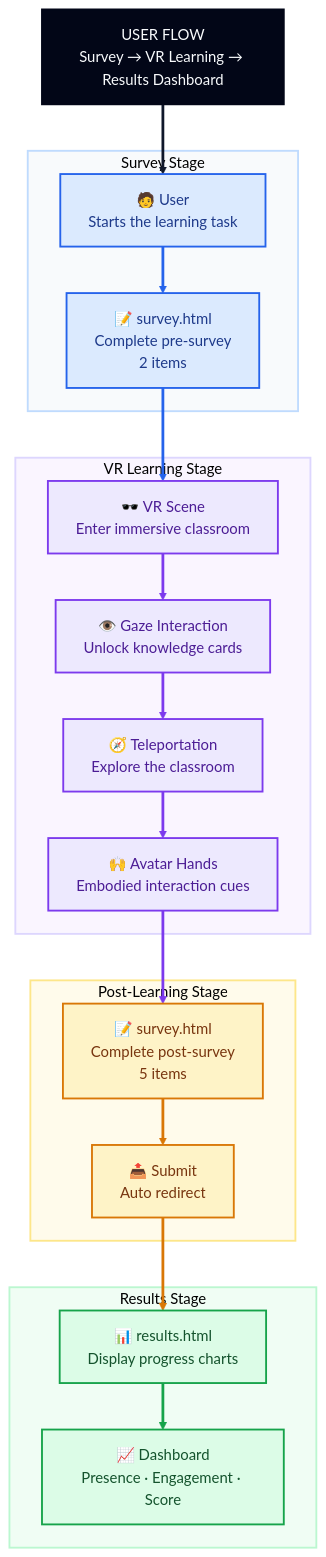
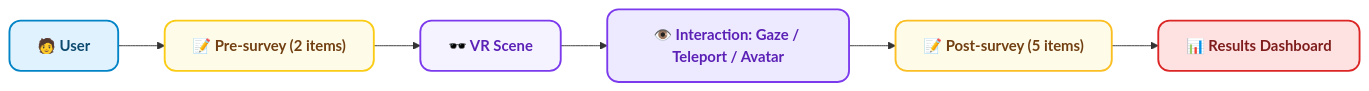
Before and after one commit to sara6v6/vr-embodied-learning: the second of 2 diagrams in README.md, drawn with Mermaid. The commit also changed other lines of this file, not shown here.

````diff
--- a/README.md
+++ b/README.md
@@ -85,67 +52,23 @@
 ```mermaid
-%%{init: {"theme": "base", "themeVariables": {"fontFamily": "Inter, Arial, sans-serif", "background": "#ffffff", "primaryColor": "#f8fafc", "primaryTextColor": "#0f172a", "lineColor": "#64748b"}}}%%
+flowchart LR
+    U["🧑 User"] --> S["📝 Pre-survey (2 items)"]
+    S --> V["🕶️ VR Scene"]
+    V --> I["👁️ Interaction: Gaze / Teleport / Avatar"]
+    I --> P["📝 Post-survey (5 items)"]
+    P --> R["📊 Results Dashboard"]
 
-flowchart TD
-    H["USER FLOW<br/>Survey → VR Learning → Results Dashboard"]
+    %% 样式
+    classDef user fill:#e0f2fe,color:#0c4a6e,stroke:#0284c7,stroke-width:2px,rx:12,ry:12,font-weight:bold;
+    classDef survey fill:#fefce8,color:#713f12,stroke:#facc15,stroke-width:2px,rx:12,ry:12,font-weight:bold;
+    classDef vr fill:#f5f3ff,color:#5b21b6,stroke:#7c3aed,stroke-width:2px,rx:12,ry:12,font-weight:bold;
+    classDef interaction fill:#ede9fe,color:#5b21b6,stroke:#7c3aed,stroke-width:2px,rx:12,ry:12,font-weight:bold;
+    classDef post fill:#fefce8,color:#713f12,stroke:#fbbf24,stroke-width:2px,rx:12,ry:12,font-weight:bold;
+    classDef results fill:#fee2e2,color:#7f1d1d,stroke:#dc2626,stroke-width:2px,rx:12,ry:12,font-weight:bold;
 
-    subgraph S1["Survey Stage"]
-        U1["🧑 User<br/>Starts the learning task"]
-        U2["📝 survey.html<br/>Complete pre-survey<br/>2 items"]
-    end
-
-    subgraph S2["VR Learning Stage"]
-        V1["🕶️ VR Scene<br/>Enter immersive classroom"]
-        V2["👁️ Gaze Interaction<br/>Unlock knowledge cards"]
-        V3["🧭 Teleportation<br/>Explore the classroom"]
-        V4["🙌 Avatar Hands<br/>Embodied interaction cues"]
-    end
-
-    subgraph S3["Post-Learning Stage"]
-        P1["📝 survey.html<br/>Complete post-survey<br/>5 items"]
-        P2["📤 Submit<br/>Auto redirect"]
-    end
-
-    subgraph S4["Results Stage"]
-        R1["📊 results.html<br/>Display progress charts"]
-        R2["📈 Dashboard<br/>Presence · Engagement · Score"]
-    end
-
-    H --> U1
-    U1 --> U2
-    U2 --> V1
-    V1 --> V2
-    V2 --> V3
-    V3 --> V4
-    V4 --> P1
-    P1 --> P2
-    P2 --> R1
-    R1 --> R2
-
-    classDef title fill:#020617,color:#f8fafc,stroke:#020617,stroke-width:2px;
-    classDef survey fill:#dbeafe,color:#1e3a8a,stroke:#2563eb,stroke-width:2px;
-    classDef vr fill:#ede9fe,color:#4c1d95,stroke:#7c3aed,stroke-width:2px;
-    classDef post fill:#fef3c7,color:#78350f,stroke:#d97706,stroke-width:2px;
-    classDef result fill:#dcfce7,color:#14532d,stroke:#16a34a,stroke-width:2px;
-
-    class H title;
-    class U1,U2 survey;
-    class V1,V2,V3,V4 vr;
-    class P1,P2 post;
-    class R1,R2 result;
-
-    style S1 fill:#f8fafc,stroke:#bfdbfe,stroke-width:2px
-    style S2 fill:#faf5ff,stroke:#ddd6fe,stroke-width:2px
-    style S3 fill:#fffbeb,stroke:#fde68a,stroke-width:2px
-    style S4 fill:#f0fdf4,stroke:#bbf7d0,stroke-width:2px
-
-    linkStyle 0 stroke:#0f172a,stroke-width:3px
-    linkStyle 1 stroke:#2563eb,stroke-width:3px
-    linkStyle 2 stroke:#2563eb,stroke-width:3px
-    linkStyle 3 stroke:#7c3aed,stroke-width:3px
-    linkStyle 4 stroke:#7c3aed,stroke-width:3px
-    linkStyle 5 stroke:#7c3aed,stroke-width:3px
-    linkStyle 6 stroke:#7c3aed,stroke-width:3px
-    linkStyle 7 stroke:#d97706,stroke-width:3px
-    linkStyle 8 stroke:#d97706,stroke-width:3px
-    linkStyle 9 stroke:#16a34a,stroke-width:3px
+    class U user
+    class S survey
+    class V vr
+    class I interaction
+    class P post
+    class R results
 ```
````
